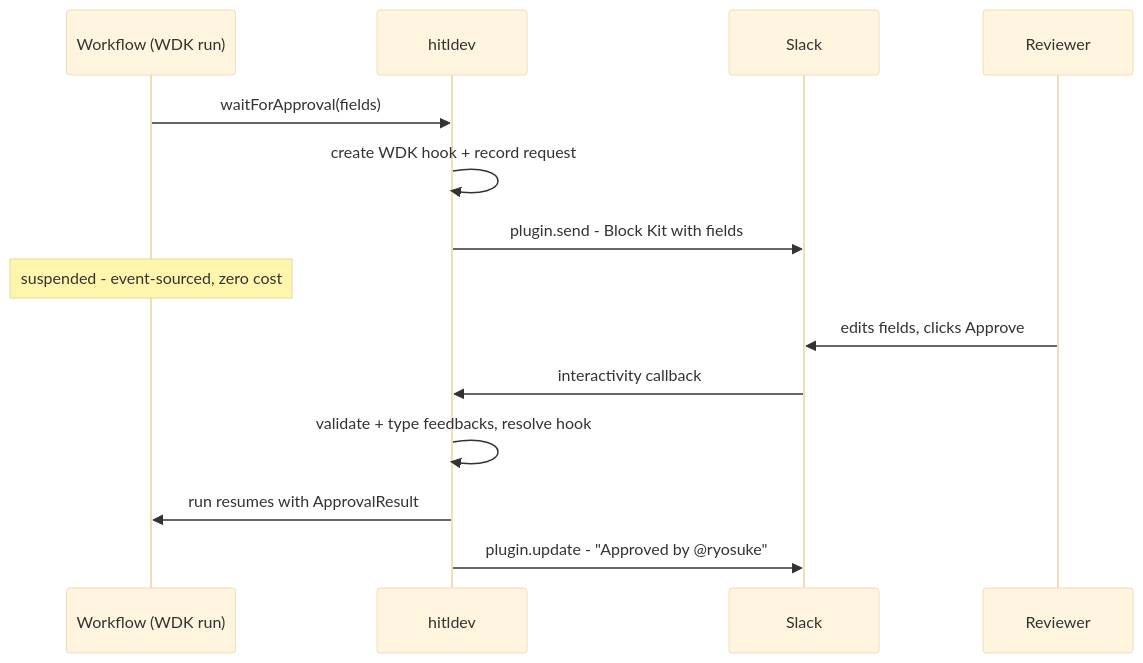
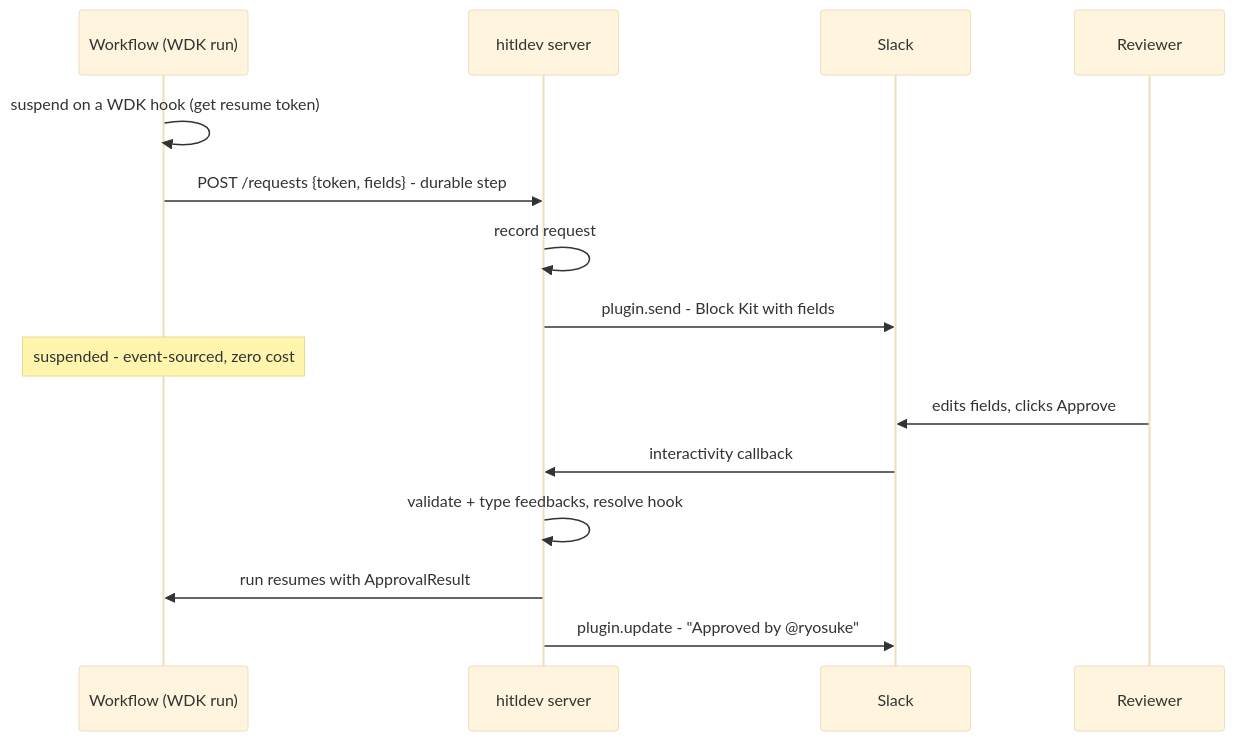
Before and after one commit to u17g/hitl: the diagram in README.md, drawn with Mermaid (base theme). The commit also changed other lines of this file and 47 other files, not shown here.

````diff
--- a/README.md
+++ b/README.md
@@ -265,16 +317,17 @@
 ```mermaid
 sequenceDiagram
   participant W as Workflow (WDK run)
-  participant A as hitldev
+  participant H as hitldev server
   participant S as Slack
   participant R as Reviewer
-  W->>A: waitForApproval(fields)
-  A->>A: create WDK hook + record request
-  A->>S: plugin.send - Block Kit with fields
+  W->>W: suspend on a WDK hook (get resume token)
+  W->>H: POST /requests {token, fields} - durable step
+  H->>H: record request
+  H->>S: plugin.send - Block Kit with fields
   Note over W: suspended - event-sourced, zero cost
   R->>S: edits fields, clicks Approve
-  S->>A: interactivity callback
-  A->>A: validate + type feedbacks, resolve hook
-  A->>W: run resumes with ApprovalResult
-  A->>S: plugin.update - "Approved by @ryosuke"
+  S->>H: interactivity callback
+  H->>H: validate + type feedbacks, resolve hook
+  H->>W: run resumes with ApprovalResult
+  H->>S: plugin.update - "Approved by @ryosuke"
 ```
````
